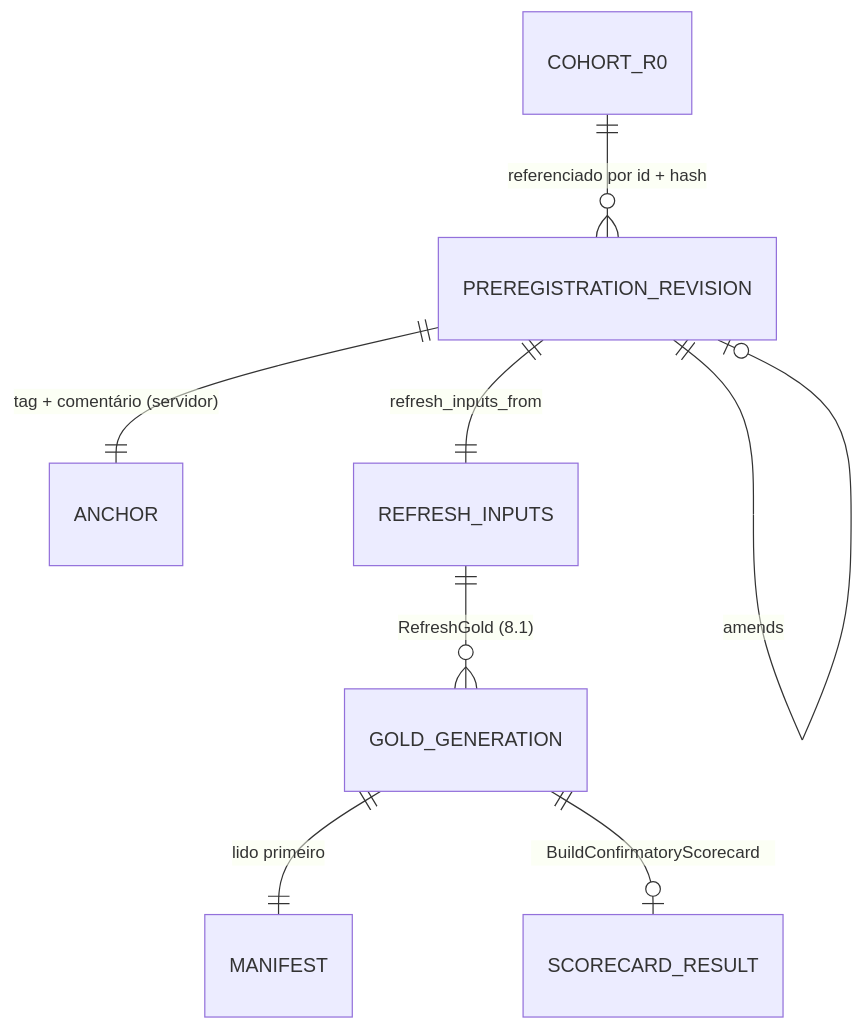
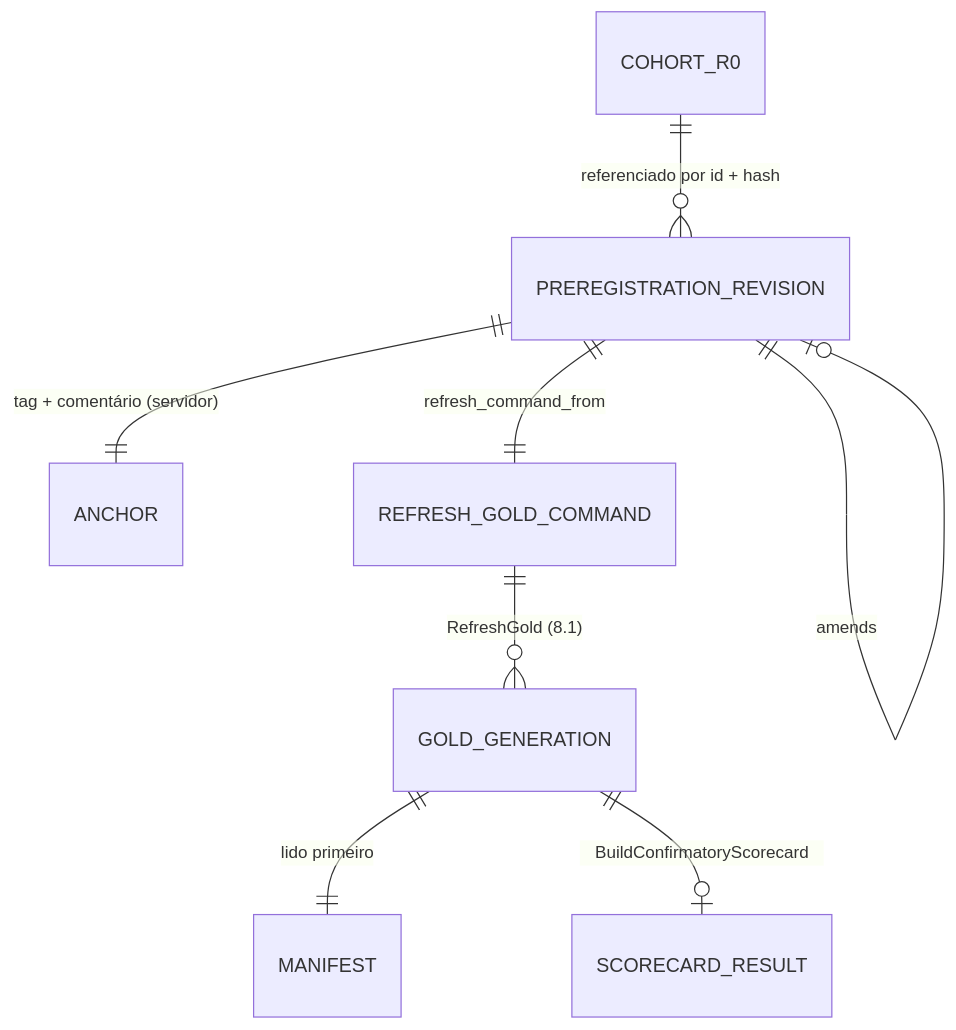
Before and after one commit to MarceloSanC/financial-forecasting: the diagram in docs/stages/6.5-preregistration-and-scorecard/concept.md, drawn with Mermaid. The commit also changed other lines of this file, not shown here.

````diff
--- a/docs/stages/6.5-preregistration-and-scorecard/concept.md
+++ b/docs/stages/6.5-preregistration-and-scorecard/concept.md
@@ -642,10 +708,10 @@
 ```mermaid
 erDiagram
   COHORT_R0 ||--o{ PREREGISTRATION_REVISION : "referenciado por id + hash"
   PREREGISTRATION_REVISION ||--|| ANCHOR : "tag + comentário (servidor)"
   PREREGISTRATION_REVISION ||--o| PREREGISTRATION_REVISION : "amends"
-  PREREGISTRATION_REVISION ||--|| REFRESH_INPUTS : "refresh_inputs_from"
-  REFRESH_INPUTS ||--o{ GOLD_GENERATION : "RefreshGold (8.1)"
+  PREREGISTRATION_REVISION ||--|| REFRESH_GOLD_COMMAND : "refresh_command_from"
+  REFRESH_GOLD_COMMAND ||--o{ GOLD_GENERATION : "RefreshGold (8.1)"
   GOLD_GENERATION ||--|| MANIFEST : "lido primeiro"
   GOLD_GENERATION ||--o| SCORECARD_RESULT : "BuildConfirmatoryScorecard"
 ```
````
